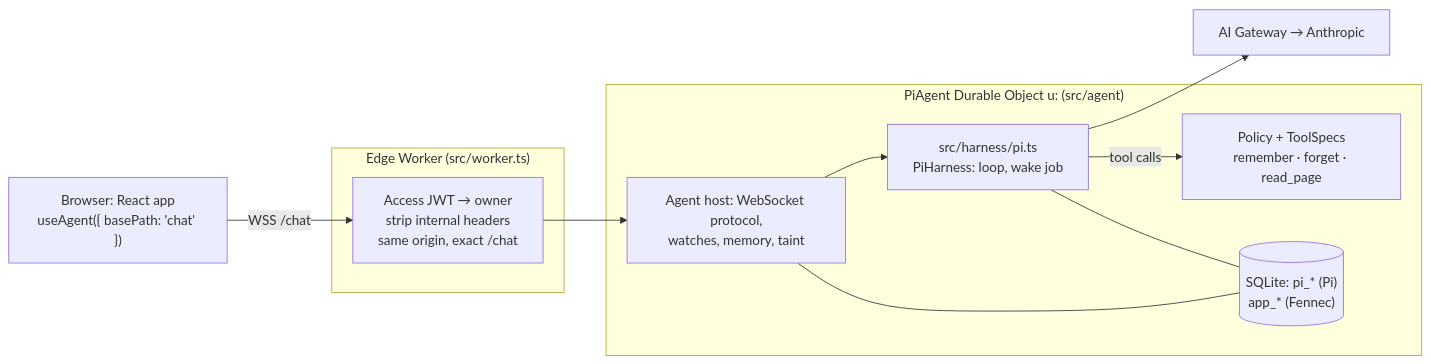
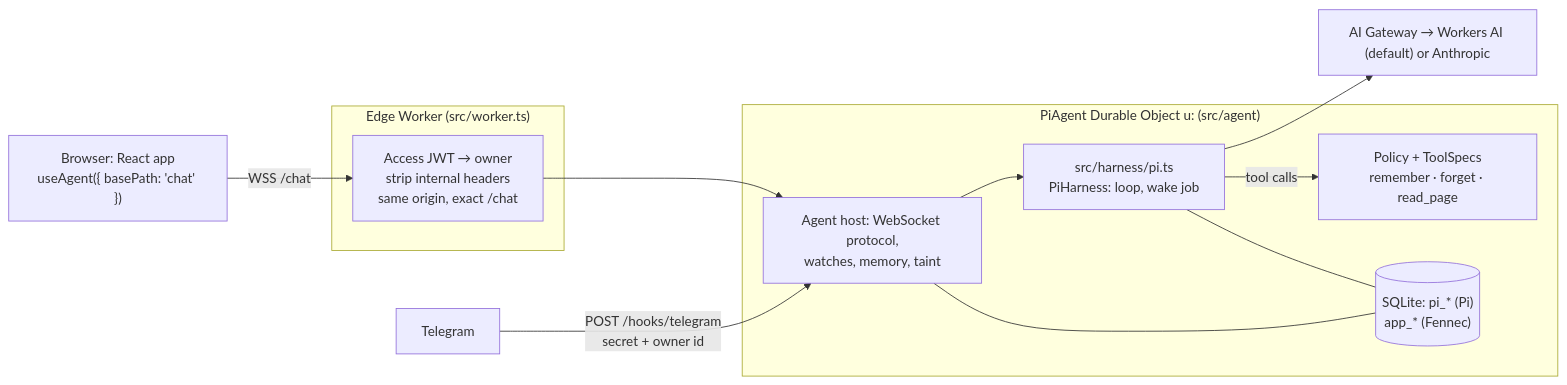
Before and after one commit to anant2614/hob: the diagram in README.md, drawn with Mermaid. The commit also changed other lines of this file and 1 other file, not shown here.

First line of the commit message:
Default to the free GLM-4.7-Flash model and the auto-created gateway

````diff
--- a/README.md
+++ b/README.md
@@ -108,19 +125,20 @@
 ```mermaid
 flowchart LR
   B["Browser: React app\nuseAgent({ basePath: 'chat' })"]
   subgraph Edge["Edge Worker (src/worker.ts)"]
     A["Access JWT → owner\nstrip internal headers\nsame origin, exact /chat"]
   end
   subgraph DO["PiAgent Durable Object u:<OWNER_USER_ID> (src/agent)"]
     H["Agent host: WebSocket protocol,\nwatches, memory, taint"]
     P["Policy + ToolSpecs\nremember · forget · read_page"]
     R["src/harness/pi.ts\nPiHarness: loop, wake job"]
     S[("SQLite: pi_* (Pi)\napp_* (Fennec)")]
   end
-  G["AI Gateway → Anthropic"]
+  G["AI Gateway → Workers AI (default) or Anthropic"]
+  T["Telegram"] -- "POST /hooks/telegram\nsecret + owner id" --> H
   B -- "WSS /chat" --> A --> H
   H --> R --> G
   R -- "tool calls" --> P
   H --- S
   R --- S
 ```
````
